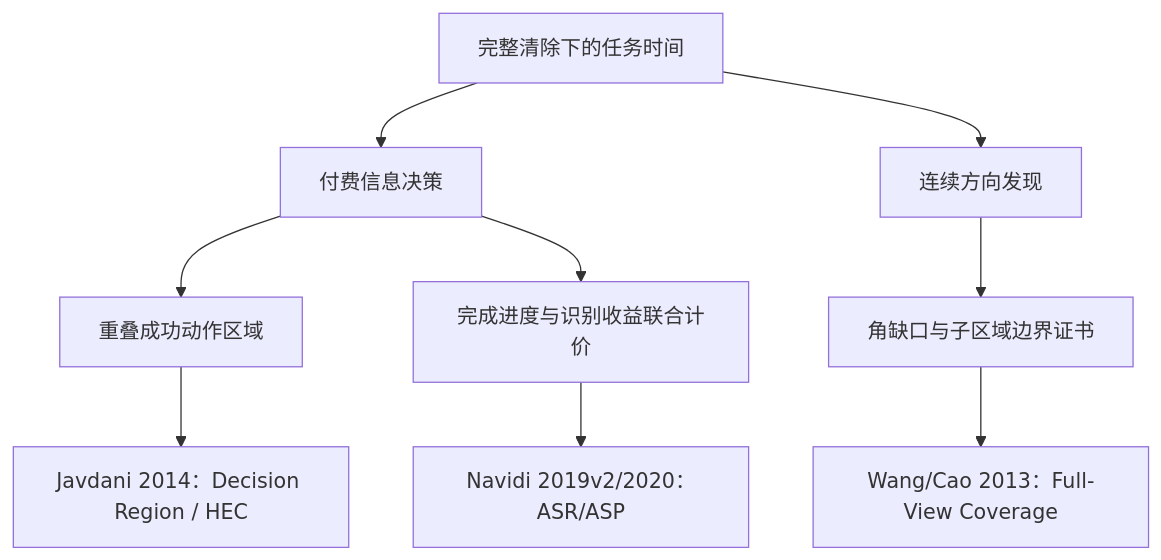
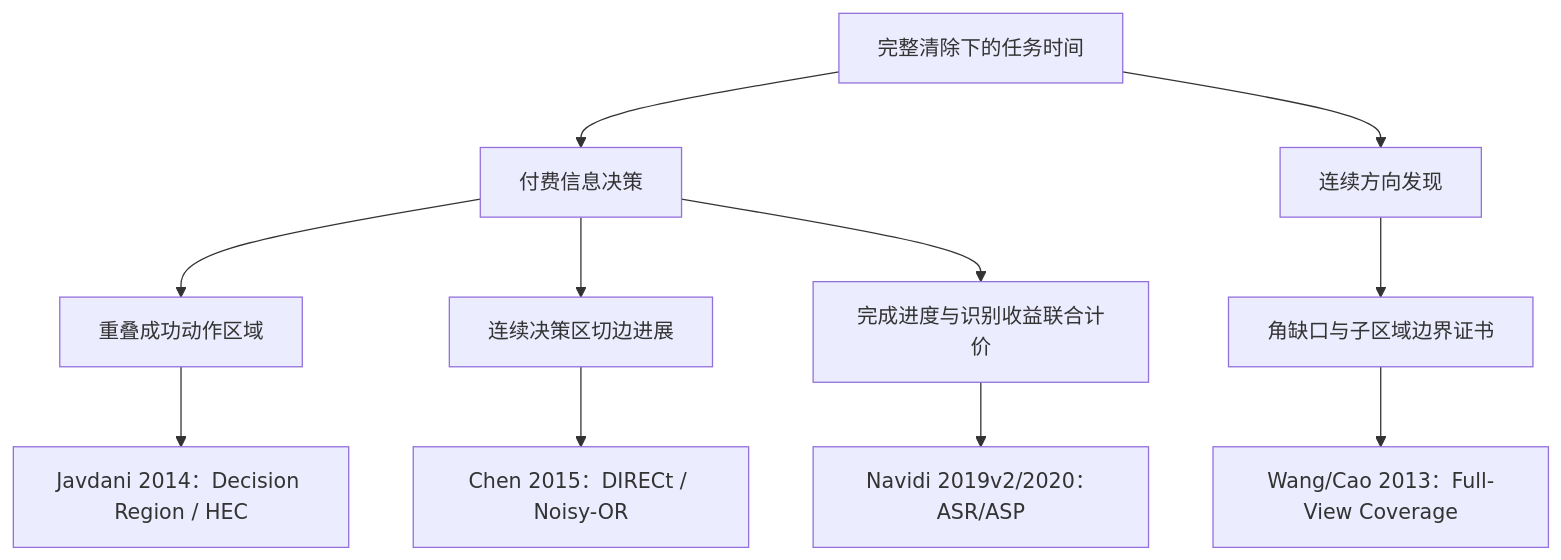
One commit to xiangguaguadadi-dot/cumcm2026-b changed the diagram in experiments/R1_atlas/RESEARCH_BRIEF.md. Above: the diagram before and after it, drawn with Mermaid. The commit also changed other lines of this file and 20 other files, not shown here.

````diff
--- a/experiments/R1_atlas/RESEARCH_BRIEF.md
+++ b/experiments/R1_atlas/RESEARCH_BRIEF.md
@@ -9,11 +9,13 @@
 ```mermaid
 flowchart TD
   T["完整清除下的任务时间"] --> I["付费信息决策"]
   I --> D["重叠成功动作区域"]
   D --> DRD["Javdani 2014：Decision Region / HEC"]
+  I --> E["连续决策区切边进展"]
+  E --> DIRECT["Chen 2015：DIRECt / Noisy-OR"]
   I --> A["完成进度与识别收益联合计价"]
   A --> ASR["Navidi 2019v2/2020：ASR/ASP"]
   T --> C["连续方向发现"]
   C --> G["角缺口与子区域边界证书"]
   G --> FV["Wang/Cao 2013：Full-View Coverage"]
 ```
````
